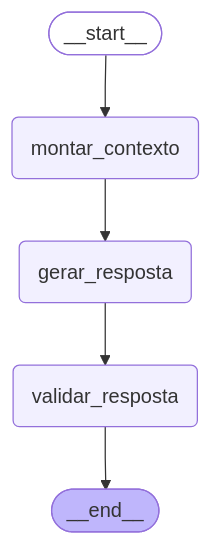
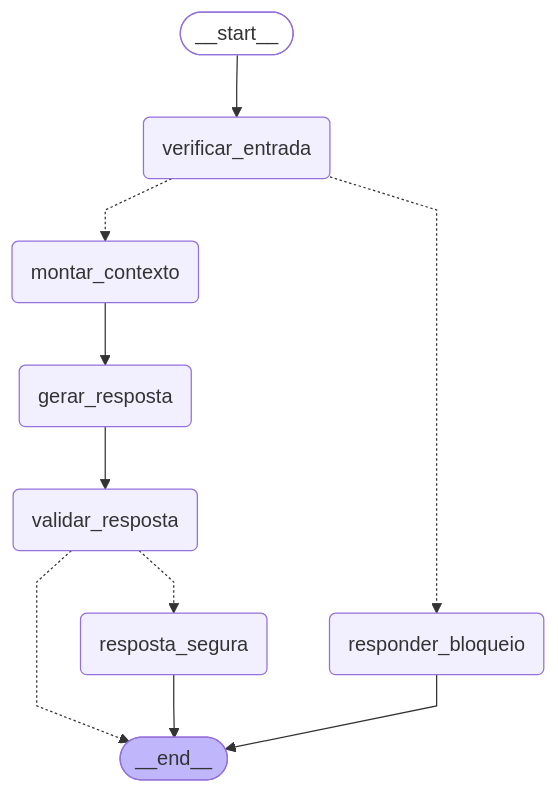
Before and after one commit to fiap-pos-org/fiap-tc-fase3: the diagram in docs/diagramas/fluxo_duvida.mmd, drawn with Mermaid. The commit also changed 1 other file, not shown here.

```diff
--- a/docs/diagramas/fluxo_duvida.mmd
+++ b/docs/diagramas/fluxo_duvida.mmd
@@ -1,18 +1,26 @@
 ---
 config:
   flowchart:
     curve: linear
 ---
 graph TD;
 	__start__([<p>__start__</p>]):::first
+	verificar_entrada(verificar_entrada)
+	responder_bloqueio(responder_bloqueio)
 	montar_contexto(montar_contexto)
 	gerar_resposta(gerar_resposta)
 	validar_resposta(validar_resposta)
+	resposta_segura(resposta_segura)
 	__end__([<p>__end__</p>]):::last
-	__start__ --> montar_contexto;
+	__start__ --> verificar_entrada;
 	gerar_resposta --> validar_resposta;
 	montar_contexto --> gerar_resposta;
-	validar_resposta --> __end__;
+	validar_resposta -.-> __end__;
+	validar_resposta -.-> resposta_segura;
+	verificar_entrada -.-> montar_contexto;
+	verificar_entrada -.-> responder_bloqueio;
+	responder_bloqueio --> __end__;
+	resposta_segura --> __end__;
 	classDef default fill:#f2f0ff,line-height:1.2
 	classDef first fill-opacity:0
 	classDef last fill:#bfb6fc
```
